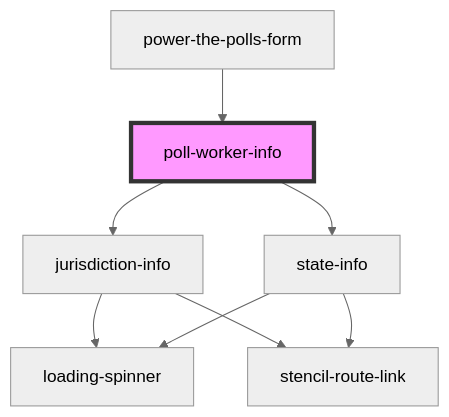
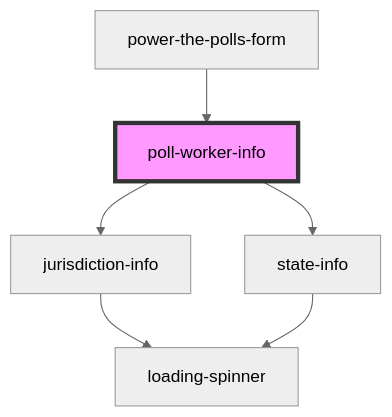
Before and after one commit to pizza-to-the-polls/power-the-polls: the diagram in power-the-polls-form/src/components/poll-worker-info/readme.md, drawn with Mermaid (neutral theme). The commit also changed 19 other files, not shown here.

````diff
--- a/power-the-polls-form/src/components/poll-worker-info/readme.md
+++ b/power-the-polls-form/src/components/poll-worker-info/readme.md
@@ -31,11 +31,9 @@
 ```mermaid
 graph TD;
   poll-worker-info --> jurisdiction-info
   poll-worker-info --> state-info
   jurisdiction-info --> loading-spinner
-  jurisdiction-info --> stencil-route-link
   state-info --> loading-spinner
-  state-info --> stencil-route-link
   power-the-polls-form --> poll-worker-info
   style poll-worker-info fill:#f9f,stroke:#333,stroke-width:4px
 ```
````
